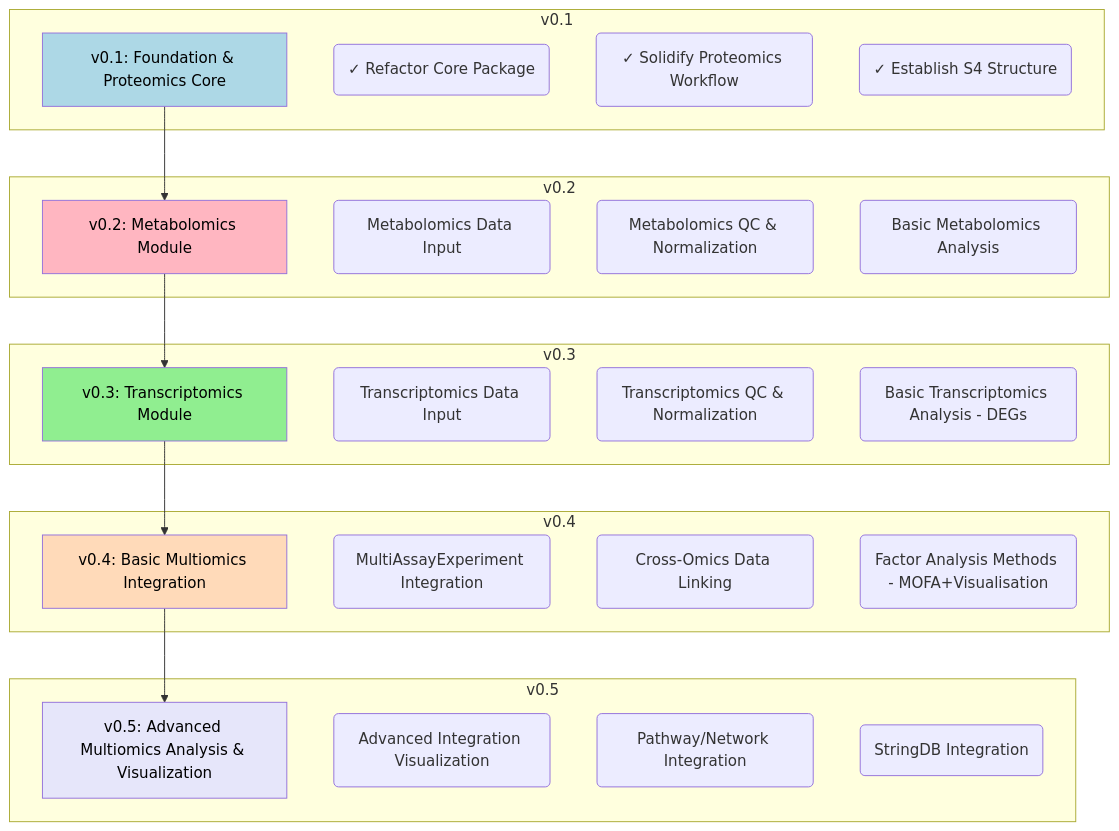
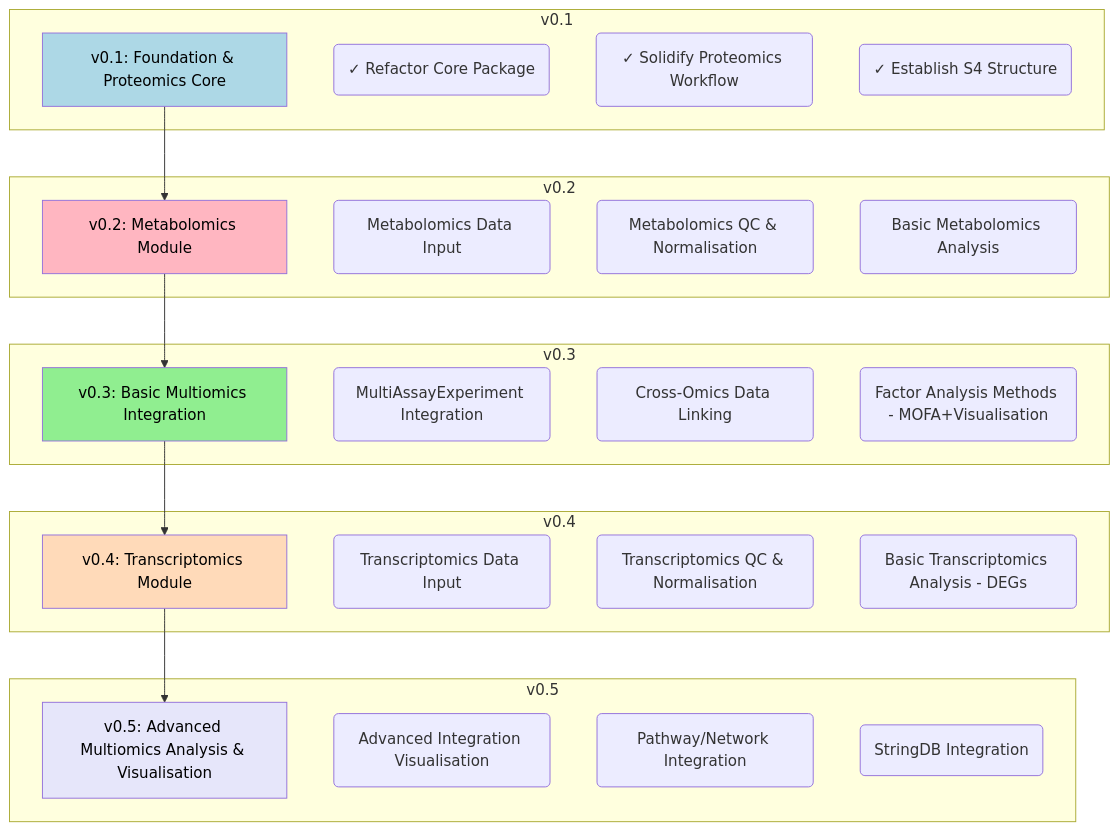
The diagram in README.md (APAF-bioinformatics/MultiScholaR), drawn with Mermaid before and after one commit.

````diff
--- a/README.md
+++ b/README.md
@@ -97,44 +97,44 @@
 ```mermaid
 graph TD
     A[v0.1: Foundation & Proteomics Core] --> B[v0.2: Metabolomics Module];
-    B --> C[v0.3: Transcriptomics Module];
-    C --> D[v0.4: Basic Multiomics Integration];
-    D --> E[v0.5: Advanced Multiomics Analysis & Visualization];
+    B --> C[v0.3: Basic Multiomics Integration];
+    C --> D[v0.4: Transcriptomics Module];
+    D --> E[v0.5: Advanced Multiomics Analysis & Visualisation];
 
     subgraph "v0.1"
         A
         A1(✓ Refactor Core Package)
         A2(✓ Solidify Proteomics Workflow)
         A3(✓ Establish S4 Structure)
     end
     subgraph "v0.2"
         B
         B1(Metabolomics Data Input)
-        B2(Metabolomics QC & Normalization)
+        B2(Metabolomics QC & Normalisation)
         B3(Basic Metabolomics Analysis)
     end
     subgraph "v0.3"
         C
-        C1(Transcriptomics Data Input)
-        C2(Transcriptomics QC & Normalization)
-        C3(Basic Transcriptomics Analysis - DEGs)
+        C1(MultiAssayExperiment Integration)
+        C2(Cross-Omics Data Linking)
+        C3(Factor Analysis Methods - MOFA+Visualisation)
     end
      subgraph "v0.4"
         D
-        D1(MultiAssayExperiment Integration)
-        D2(Cross-Omics Data Linking)
-        D3(Factor Analysis Methods - MOFA+Visualisation)
+        D1(Transcriptomics Data Input)
+        D2(Transcriptomics QC & Normalisation)
+        D3(Basic Transcriptomics Analysis - DEGs)
     end
      subgraph "v0.5"
         E
-        E1(Advanced Integration Visualization)
+        E1(Advanced Integration Visualisation)
         E2(Pathway/Network Integration)
         E3(StringDB Integration)
     end
 
     style A fill:#ADD8E6,color:#000000
     style B fill:#FFB6C1,color:#000000
     style C fill:#90EE90,color:#000000
     style D fill:#FFDAB9,color:#000000
     style E fill:#E6E6FA,color:#000000
 ```
````
